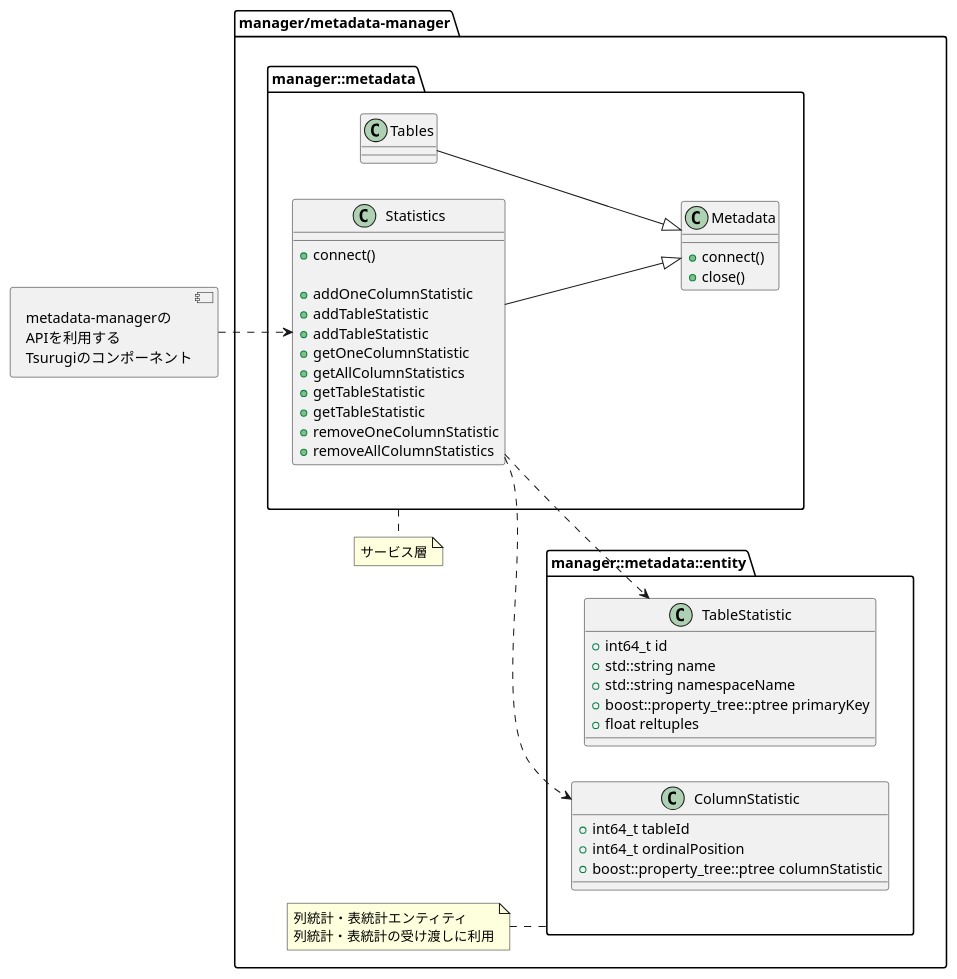
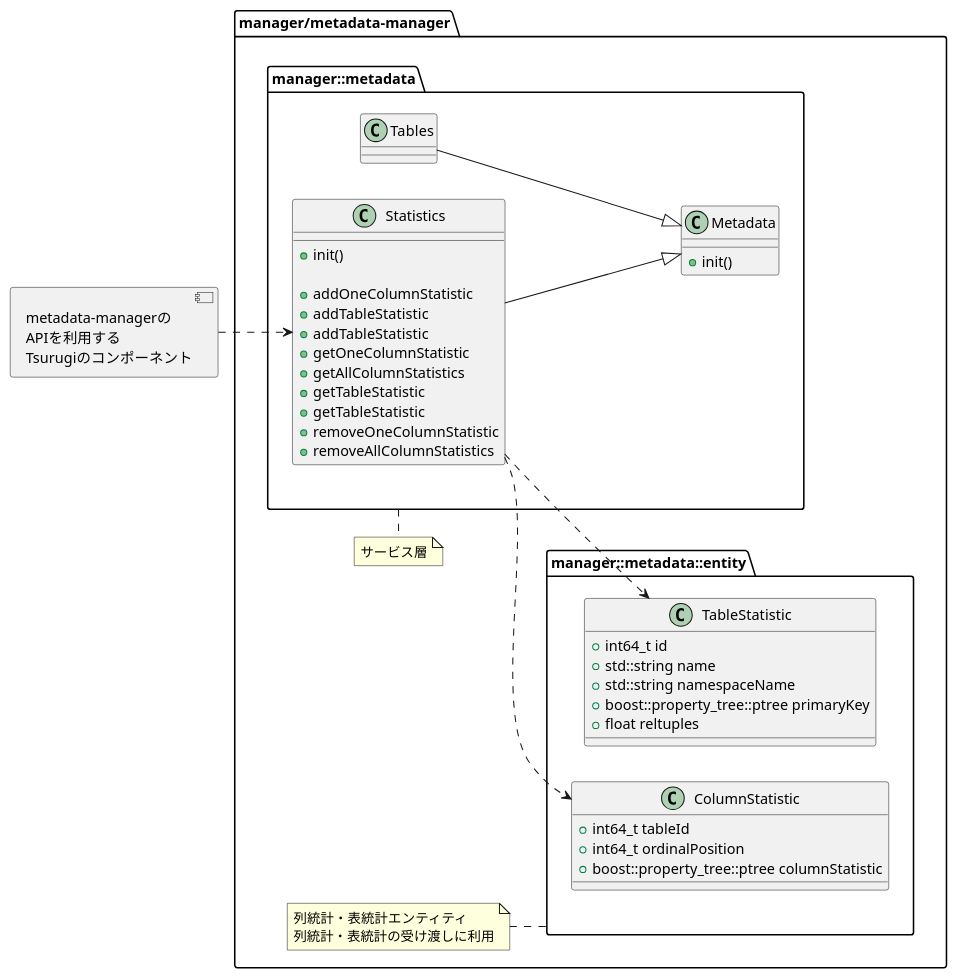
The first of 7 diagrams in metadata-manager/docs/statistic/02.FD/uml/ClassDiagram_detail.pu (project-tsurugi/metadata-manager), drawn with PlantUML before and after one commit. The commit also changed other lines of this file and 18 other files, not shown here.

Commit message:
Fix error code and Change method name connect() to initialize()

```diff
--- a/metadata-manager/docs/statistic/02.FD/uml/ClassDiagram_detail.pu
+++ b/metadata-manager/docs/statistic/02.FD/uml/ClassDiagram_detail.pu
@@ -1,66 +1,65 @@
 @startuml ClassDiagram_overview
 left to right direction
 allowmixing
 
 package "manager/metadata-manager" {
 
   package manager::metadata as manager_metadata{
     class "Metadata" as Metadata {
-      {method}+connect()
-      {method}+close()
+      {method}+init()
     }
 
     class Statistics {
-      {method}+connect()
+      {method}+init()
       {method}
       {method}+addOneColumnStatistic
       {method}+addTableStatistic
       {method}+addTableStatistic
       {method}+getOneColumnStatistic
       {method}+getAllColumnStatistics
       {method}+getTableStatistic
       {method}+getTableStatistic
       {method}+removeOneColumnStatistic
       {method}+removeAllColumnStatistics
     }
     
     class Tables {
       
     }
     
   }
     
     package manager::metadata::entity as entity{
       class TableStatistic {
         {field}+int64_t id
         {field}+std::string name
         {field}+std::string namespaceName
         {field}+boost::property_tree::ptree primaryKey
         {field}+float reltuples
       }
       
       class ColumnStatistic {
         {field}+int64_t tableId
         {field}+int64_t ordinalPosition
         {field}+boost::property_tree::ptree columnStatistic
       }
     }
 
   Statistics --|> Metadata
   Tables --|> Metadata
   Statistics ..> TableStatistic
   Statistics ..> ColumnStatistic
   
   note bottom of manager_metadata
   サービス層
   end note
   
   note left of entity
   列統計・表統計エンティティ
   列統計・表統計の受け渡しに利用
   end note
 }
 
 component "metadata-managerの\nAPIを利用する\nTsurugiのコンポーネント" as other_components 
 other_components ..> Statistics
 @enduml
```
